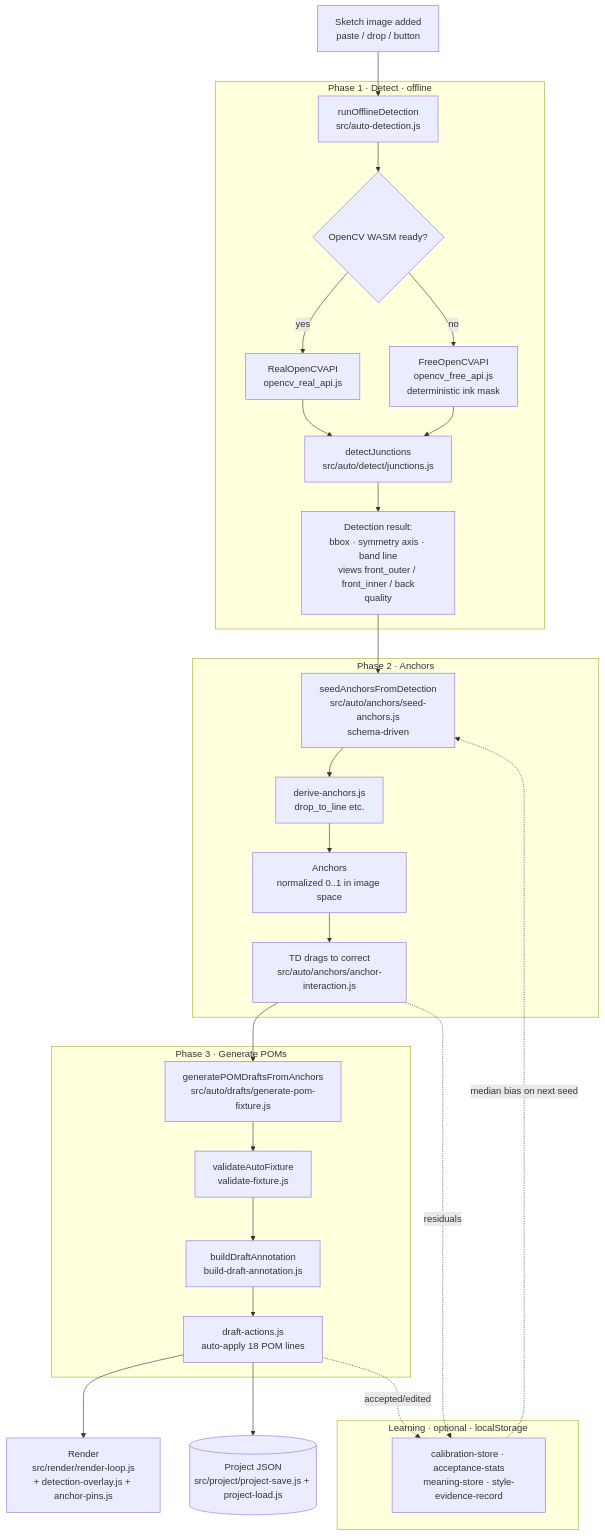
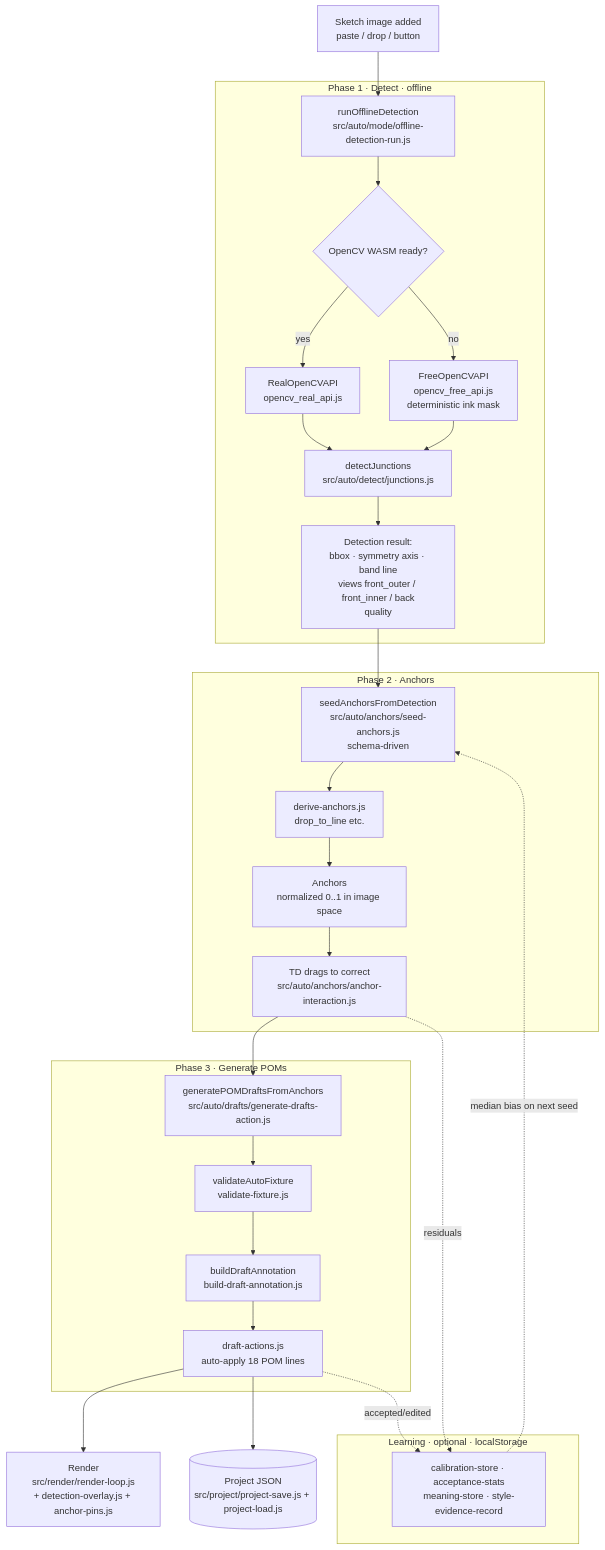
The diagram in ARCHITECTURE.md (Adrian9596/Auto-POMs), drawn with Mermaid before and after one commit. The commit also changed other lines of this file and 12 other files, not shown here.

````diff
--- a/ARCHITECTURE.md
+++ b/ARCHITECTURE.md
@@ -41,39 +41,39 @@
 ```mermaid
 flowchart TD
     IMG[Sketch image added\npaste / drop / button] --> DET
 
     subgraph P1[Phase 1 · Detect · offline]
-        DET[runOfflineDetection\nsrc/auto-detection.js] --> CV{OpenCV WASM ready?}
+        DET[runOfflineDetection\nsrc/auto/mode/offline-detection-run.js] --> CV{OpenCV WASM ready?}
         CV -- yes --> REAL[RealOpenCVAPI\nopencv_real_api.js]
         CV -- no --> FREE[FreeOpenCVAPI\nopencv_free_api.js\ndeterministic ink mask]
         REAL --> JUNC[detectJunctions\nsrc/auto/detect/junctions.js]
         FREE --> JUNC
         JUNC --> DRES[Detection result:\nbbox · symmetry axis · band line\nviews front_outer / front_inner / back\nquality]
     end
 
     DRES --> SEED
 
     subgraph P2[Phase 2 · Anchors]
         SEED[seedAnchorsFromDetection\nsrc/auto/anchors/seed-anchors.js\nschema-driven] --> DERIVE[derive-anchors.js\ndrop_to_line etc.]
         DERIVE --> ANCH[Anchors\nnormalized 0..1 in image space]
         ANCH --> DRAG[TD drags to correct\nsrc/auto/anchors/anchor-interaction.js]
     end
 
     DRAG --> GEN
 
     subgraph P3[Phase 3 · Generate POMs]
-        GEN[generatePOMDraftsFromAnchors\nsrc/auto/drafts/generate-pom-fixture.js] --> VAL[validateAutoFixture\nvalidate-fixture.js]
+        GEN[generatePOMDraftsFromAnchors\nsrc/auto/drafts/generate-drafts-action.js] --> VAL[validateAutoFixture\nvalidate-fixture.js]
         VAL --> BUILD[buildDraftAnnotation\nbuild-draft-annotation.js]
         BUILD --> APPLY[draft-actions.js\nauto-apply 18 POM lines]
     end
 
     APPLY --> RENDER[Render\nsrc/render/render-loop.js\n+ detection-overlay.js + anchor-pins.js]
     APPLY --> SAVE[(Project JSON\nsrc/project/project-save.js + project-load.js)]
 
     DRAG -. residuals .-> LEARN
     APPLY -. accepted/edited .-> LEARN
     subgraph L[Learning · optional · localStorage]
         LEARN[calibration-store · acceptance-stats\nmeaning-store · style-evidence-record]
     end
     LEARN -. median bias on next seed .-> SEED
 ```
````
